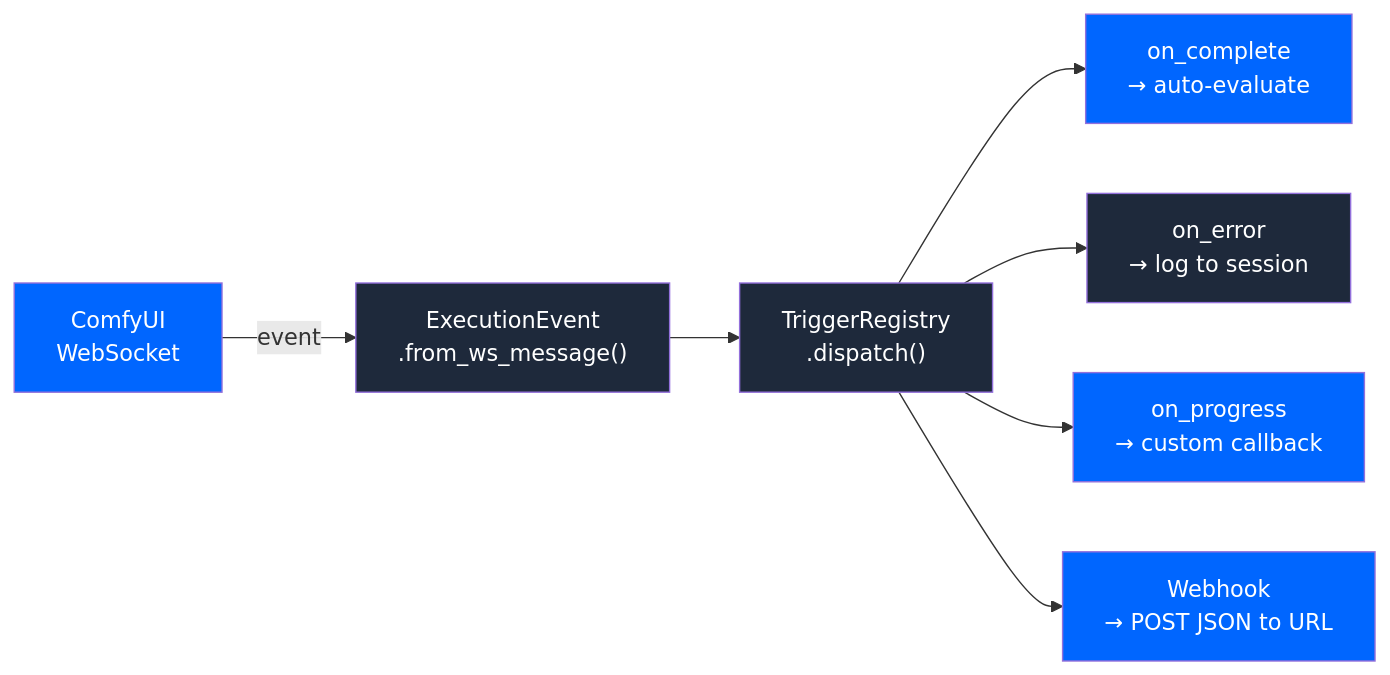
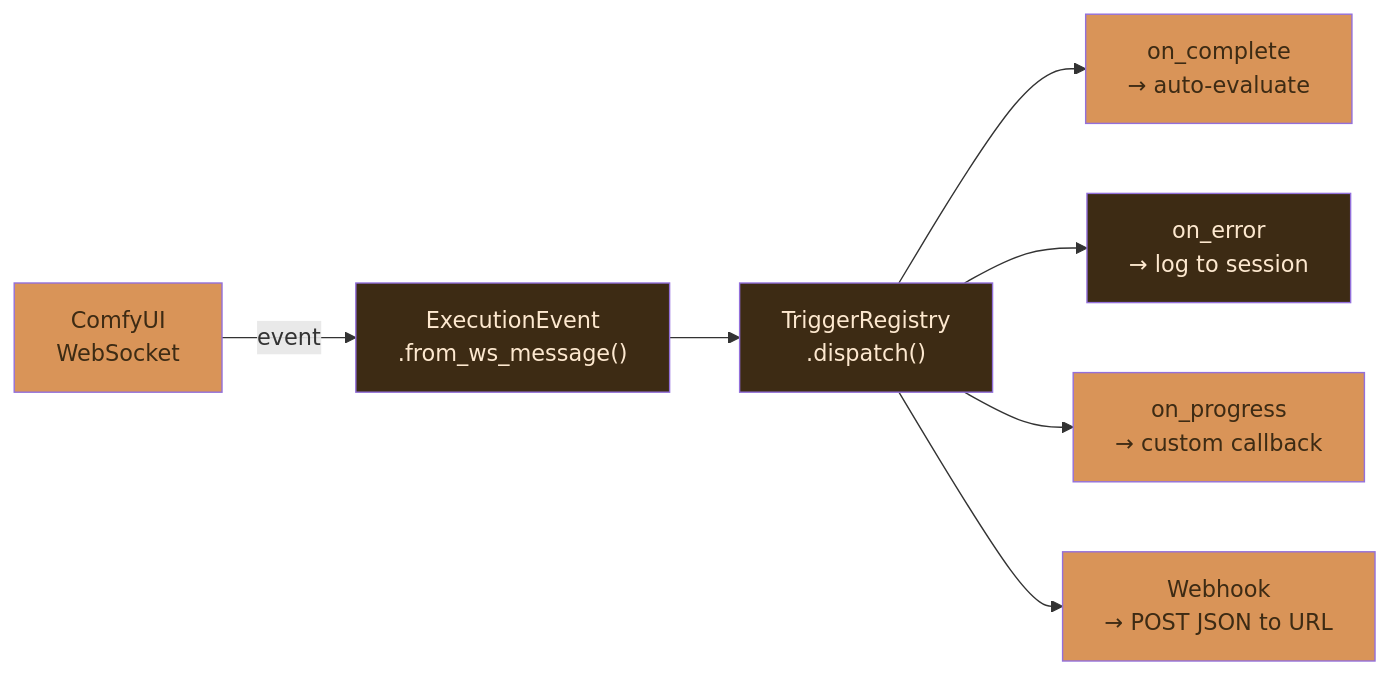
The ninth of 25 diagrams in README.md (JosephOIbrahim/Comfy-Cozy), drawn with Mermaid before and after one commit. The commit also changed other lines of this file, not shown here.

First line of the commit message:
[DOCS] Unify mermaid palette across 25 diagrams (warm amber/brown)

````diff
--- a/README.md
+++ b/README.md
@@ -553,17 +553,17 @@
 ```mermaid
 flowchart LR
     WS["ComfyUI<br/>WebSocket"] -->|event| Parse["ExecutionEvent<br/>.from_ws_message()"]
     Parse --> Dispatch["TriggerRegistry<br/>.dispatch()"]
     Dispatch --> CB1["on_complete<br/>→ auto-evaluate"]
     Dispatch --> CB2["on_error<br/>→ log to session"]
     Dispatch --> CB3["on_progress<br/>→ custom callback"]
     Dispatch --> WH["Webhook<br/>→ POST JSON to URL"]
 
-    style WS fill:#0066FF,color:#fff
-    style Parse fill:#1e293b,color:#fff
-    style Dispatch fill:#1e293b,color:#fff
-    style CB1 fill:#0066FF,color:#fff
-    style CB2 fill:#1e293b,color:#fff
-    style CB3 fill:#0066FF,color:#fff
-    style WH fill:#0066FF,color:#fff
+    style WS fill:#d99458,color:#3d2b14
+    style Parse fill:#3d2b14,color:#fde8cf
+    style Dispatch fill:#3d2b14,color:#fde8cf
+    style CB1 fill:#d99458,color:#3d2b14
+    style CB2 fill:#3d2b14,color:#fde8cf
+    style CB3 fill:#d99458,color:#3d2b14
+    style WH fill:#d99458,color:#3d2b14
 ```
````
